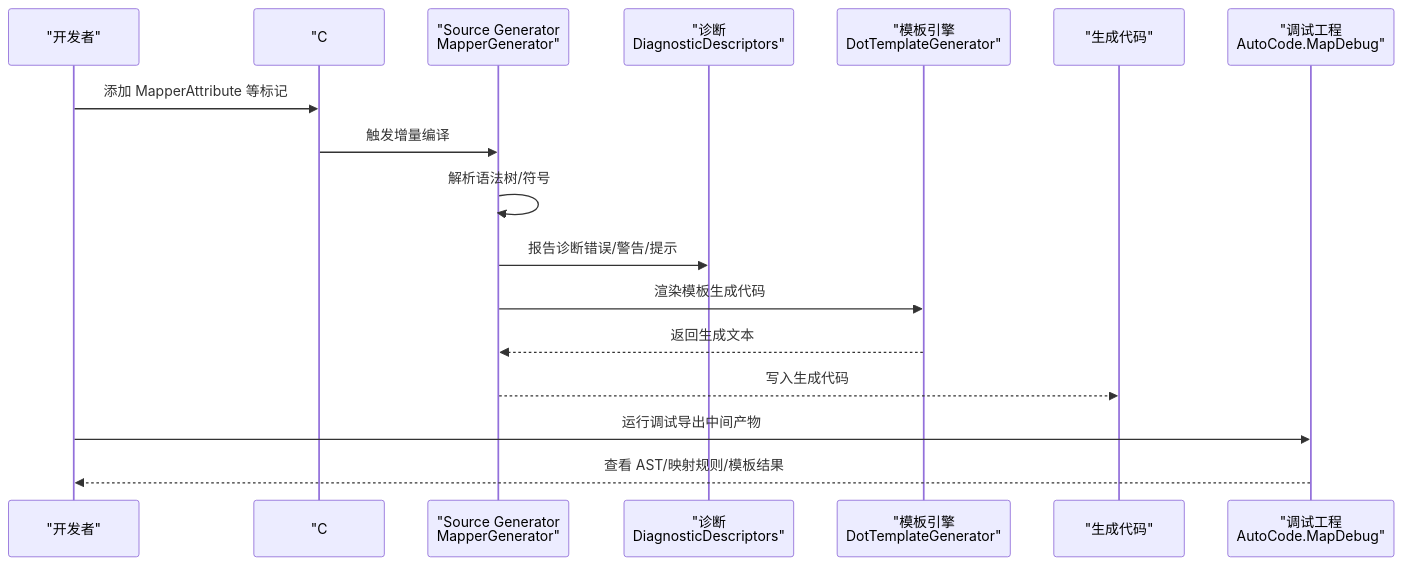
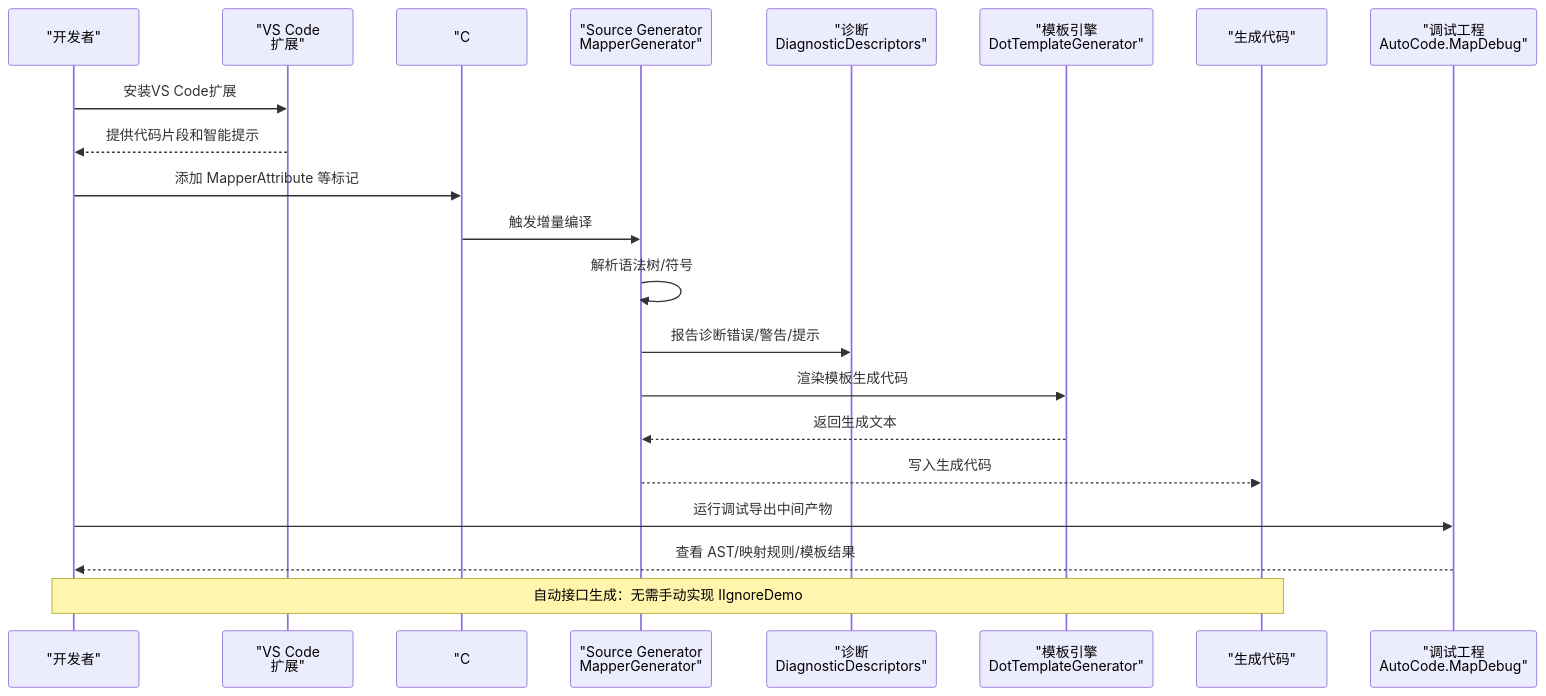
One commit to alivy/AutoCode changed the second of 4 diagrams in .qoder/repowiki/zh/content/调试与诊断/调试与诊断.md. Above: the diagram before and after it, drawn with Mermaid. The commit also changed other lines of this file and 150 other files, not shown here.

````diff
--- a/.qoder/repowiki/zh/content/调试与诊断/调试与诊断.md
+++ b/.qoder/repowiki/zh/content/调试与诊断/调试与诊断.md
@@ -128,19 +159,23 @@
 ```mermaid
 sequenceDiagram
 participant Dev as "开发者"
+participant VSCode as "VS Code<br/>扩展"
 participant CSProj as "C# 项目"
 participant SG as "Source Generator<br/>MapperGenerator"
 participant Diag as "诊断<br/>DiagnosticDescriptors"
 participant Tpl as "模板引擎<br/>DotTemplateGenerator"
 participant Out as "生成代码"
 participant Debug as "调试工程<br/>AutoCode.MapDebug"
+Dev->>VSCode : 安装VS Code扩展
+VSCode-->>Dev : 提供代码片段和智能提示
 Dev->>CSProj : 添加 MapperAttribute 等标记
 CSProj->>SG : 触发增量编译
 SG->>SG : 解析语法树/符号
 SG->>Diag : 报告诊断错误/警告/提示
 SG->>Tpl : 渲染模板生成代码
 Tpl-->>SG : 返回生成文本
 SG-->>Out : 写入生成代码
 Dev->>Debug : 运行调试导出中间产物
 Debug-->>Dev : 查看 AST/映射规则/模板结果
+Note over Dev,Out : 自动接口生成：无需手动实现 IIgnoreDemo
 ```
````
